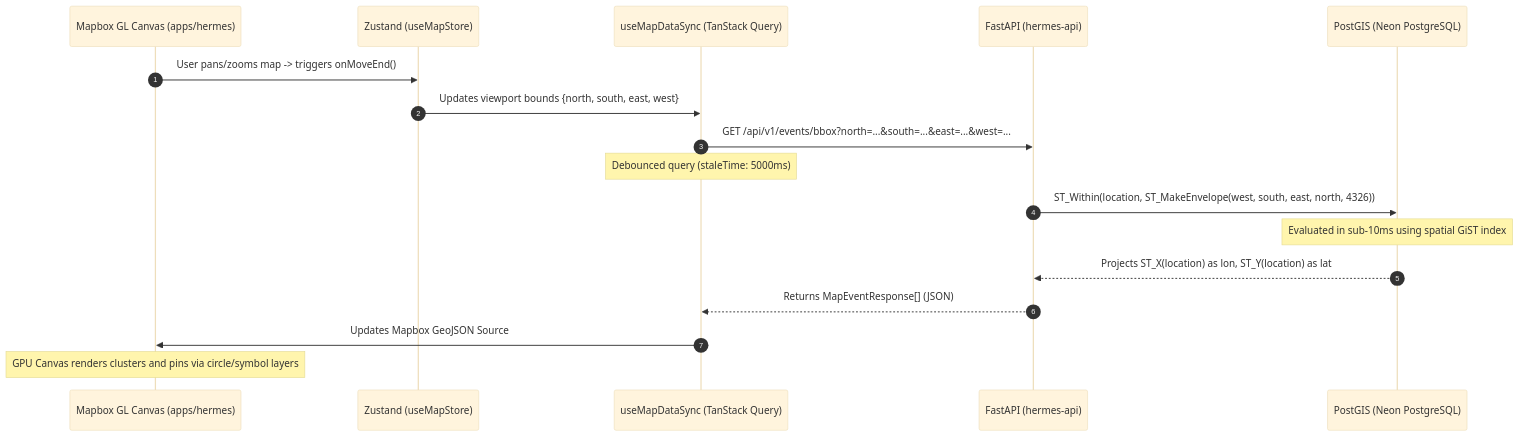
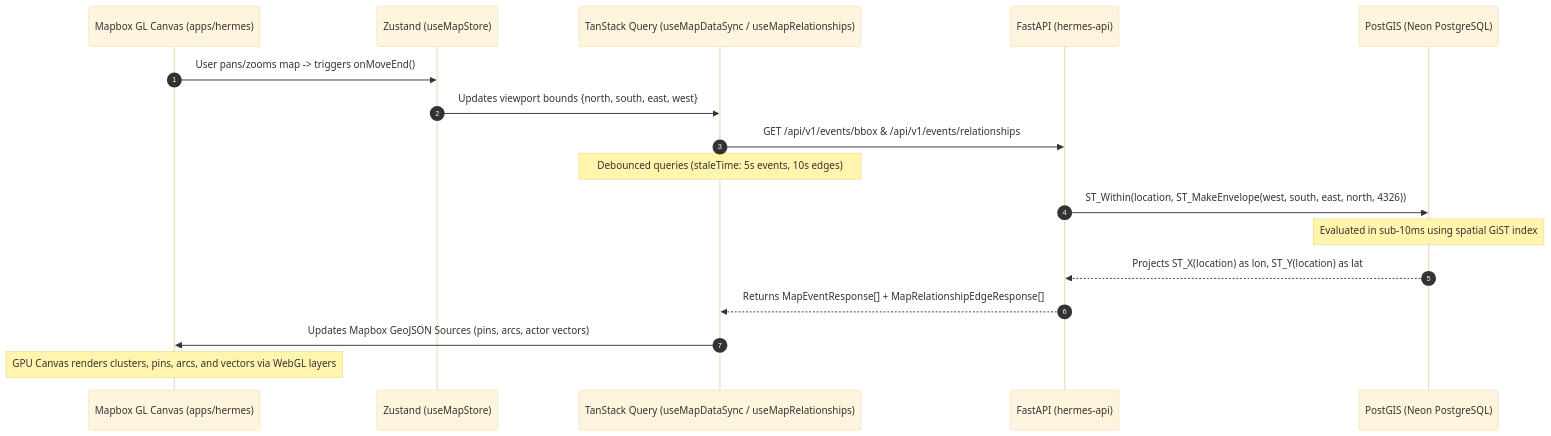
One commit to paavann/hermes changed the third of 5 diagrams in docs/architecture.md. Above: the diagram before and after it, drawn with Mermaid (base theme). The commit also changed other lines of this file and 19 other files, not shown here.

````diff
--- a/docs/architecture.md
+++ b/docs/architecture.md
@@ -211,20 +210,20 @@
 ```mermaid
 sequenceDiagram
     autonumber
     participant UI as Mapbox GL Canvas (apps/hermes)
     participant Store as Zustand (useMapStore)
-    participant Hook as useMapDataSync (TanStack Query)
+    participant Hook as TanStack Query (useMapDataSync / useMapRelationships)
     participant Api as FastAPI (hermes-api)
     participant DB as PostGIS (Neon PostgreSQL)
 
     UI->>Store: User pans/zooms map -> triggers onMoveEnd()
     Store->>Hook: Updates viewport bounds {north, south, east, west}
-    Hook->>Api: GET /api/v1/events/bbox?north=...&south=...&east=...&west=...
-    Note over Hook: Debounced query (staleTime: 5000ms)
+    Hook->>Api: GET /api/v1/events/bbox & /api/v1/events/relationships
+    Note over Hook: Debounced queries (staleTime: 5s events, 10s edges)
     Api->>DB: ST_Within(location, ST_MakeEnvelope(west, south, east, north, 4326))
     Note over DB: Evaluated in sub-10ms using spatial GiST index
     DB-->>Api: Projects ST_X(location) as lon, ST_Y(location) as lat
-    Api-->>Hook: Returns MapEventResponse[] (JSON)
-    Hook->>UI: Updates Mapbox GeoJSON Source
-    Note over UI: GPU Canvas renders clusters and pins via circle/symbol layers
+    Api-->>Hook: Returns MapEventResponse[] + MapRelationshipEdgeResponse[]
+    Hook->>UI: Updates Mapbox GeoJSON Sources (pins, arcs, actor vectors)
+    Note over UI: GPU Canvas renders clusters, pins, arcs, and vectors via WebGL layers
 ```
````
